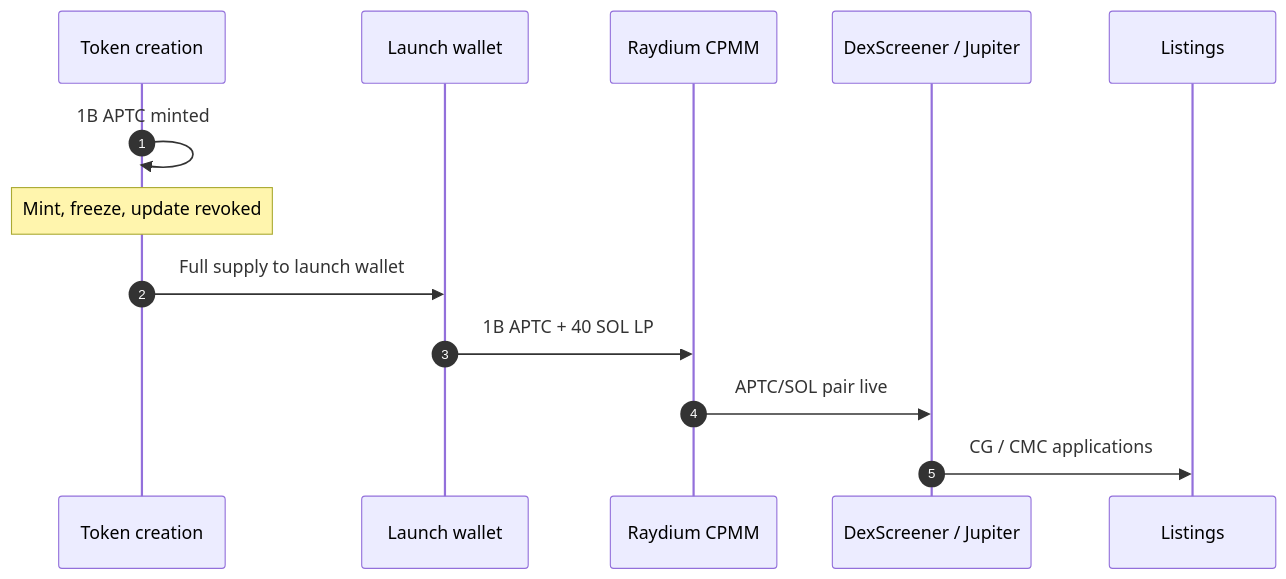
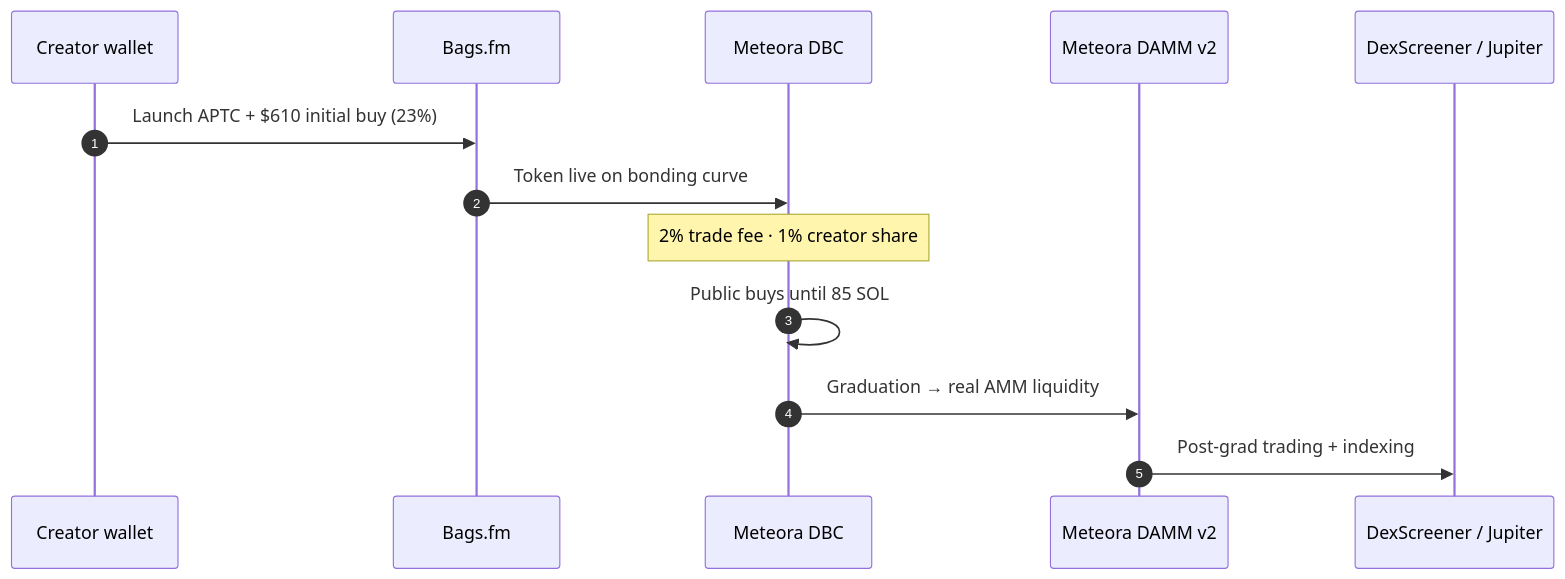
Before and after one commit to AmaanSayyad/apt-casino: the first of 2 diagrams in docs/APTC_TOKENOMICS.md, drawn with Mermaid. The commit also changed other lines of this file and 34 other files, not shown here.

First line of the commit message:
Migrate APTC launch docs and UI to Bags.fm with live analytics widget.

````diff
--- a/docs/APTC_TOKENOMICS.md
+++ b/docs/APTC_TOKENOMICS.md
@@ -33,16 +35,16 @@
 ```mermaid
 sequenceDiagram
     autonumber
-    participant T as Token creation
-    participant W as Launch wallet
-    participant R as Raydium CPMM
-    participant D as DexScreener / Jupiter
-    participant L as Listings
+    participant C as Creator wallet
+    participant B as Bags.fm
+    participant D as Meteora DBC
+    participant M as Meteora DAMM v2
+    participant X as DexScreener / Jupiter
 
-    T->>T: 1B APTC minted
-    Note over T: Mint, freeze, update revoked
-    T->>W: Full supply to launch wallet
-    W->>R: 1B APTC + 40 SOL LP
-    R->>D: APTC/SOL pair live
-    D->>L: CG / CMC applications
+    C->>B: Launch APTC + $610 initial buy (23%)
+    B->>D: Token live on bonding curve
+    Note over D: 2% trade fee · 1% creator share
+    D->>D: Public buys until 85 SOL
+    D->>M: Graduation → real AMM liquidity
+    M->>X: Post-grad trading + indexing
 ```
````
